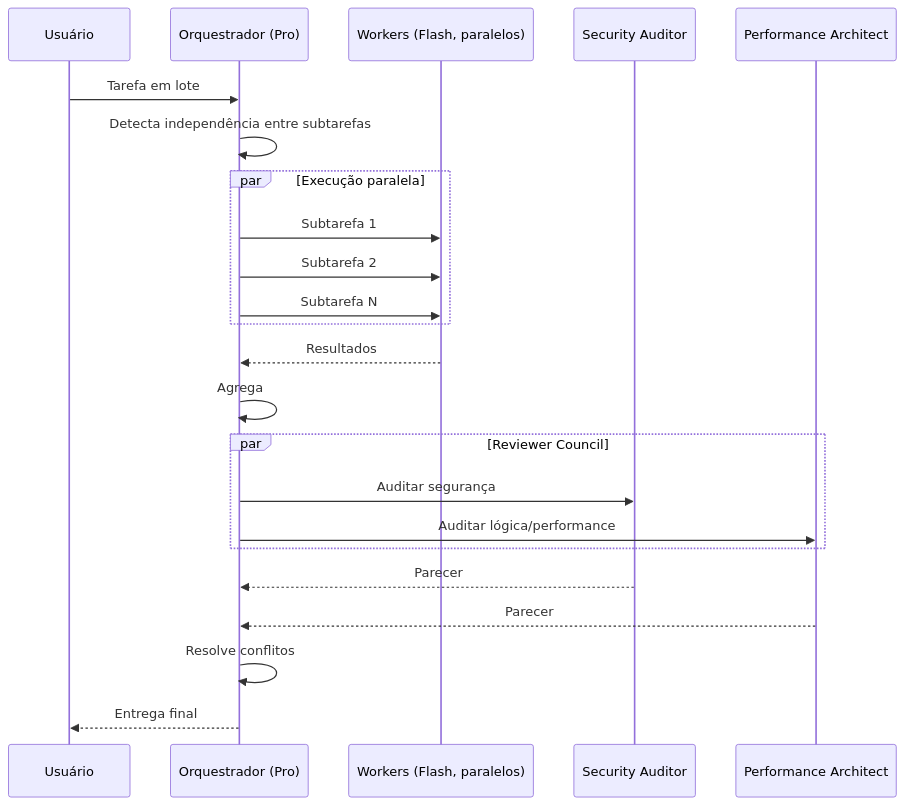
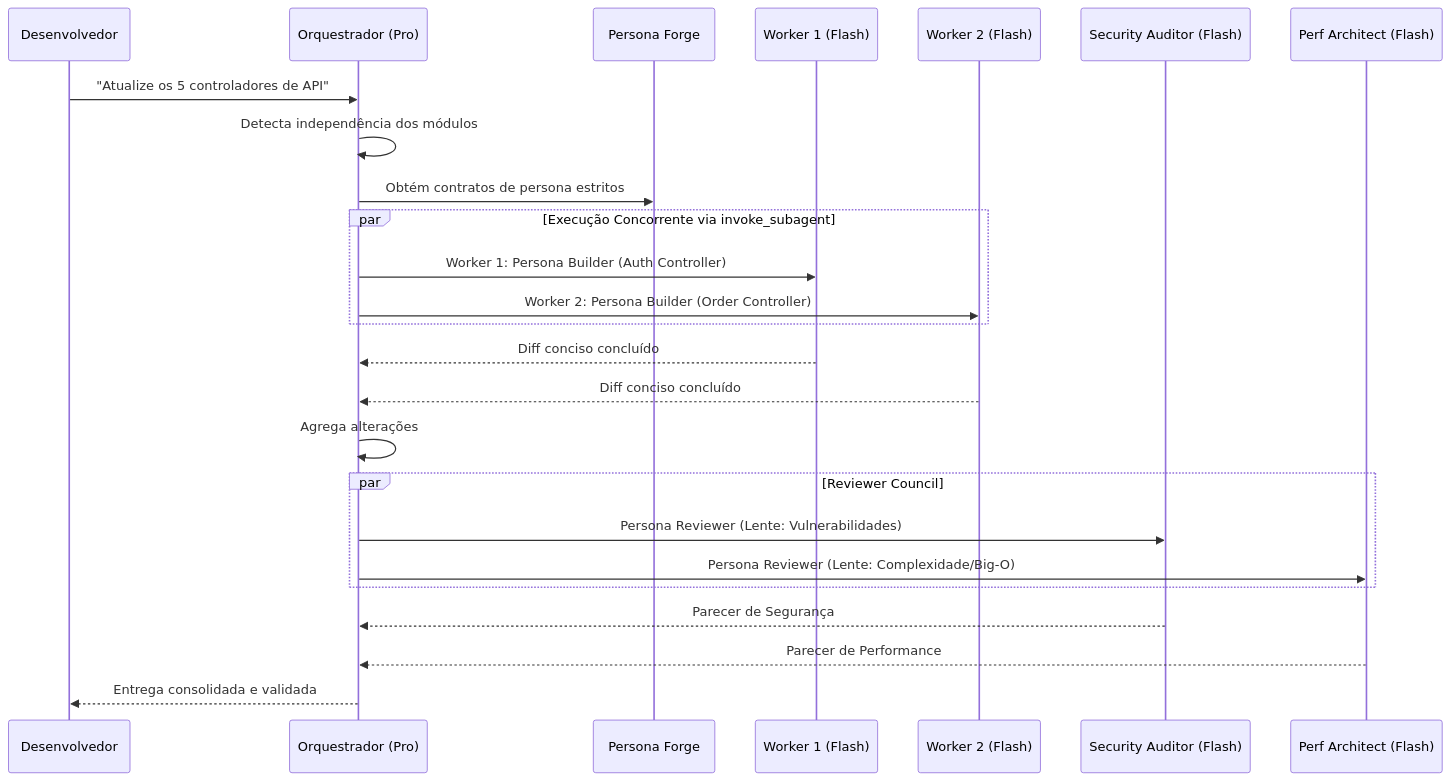
One commit to Helfstein-one/event-horizon-skill changed the third of 4 diagrams in README.md. Above: the diagram before and after it, drawn with Mermaid. The commit also changed other lines of this file, not shown here.

Commit message:
docs: comprehensive rewrite of README with all architectural patterns, hooks, and mermaids

````diff
--- a/README.md
+++ b/README.md
@@ -127,26 +176,28 @@
 ```mermaid
 sequenceDiagram
-    participant U as Usuário
-    participant O as Orquestrador (Pro)
-    participant W as Workers (Flash, paralelos)
-    participant S as Security Auditor
-    participant P as Performance Architect
+    participant User as Desenvolvedor
+    participant Orch as Orquestrador (Pro)
+    participant PF as Persona Forge
+    participant W1 as Worker 1 (Flash)
+    participant W2 as Worker 2 (Flash)
+    participant Sec as Security Auditor (Flash)
+    participant Perf as Perf Architect (Flash)
 
-    U->>O: Tarefa em lote
-    O->>O: Detecta independência entre subtarefas
-    par Execução paralela
-        O->>W: Subtarefa 1
-        O->>W: Subtarefa 2
-        O->>W: Subtarefa N
+    User->>Orch: "Atualize os 5 controladores de API"
+    Orch->>Orch: Detecta independência dos módulos
+    Orch->>PF: Obtém contratos de persona estritos
+    par Execução Concorrente via invoke_subagent
+        Orch->>W1: Worker 1: Persona Builder (Auth Controller)
+        Orch->>W2: Worker 2: Persona Builder (Order Controller)
     end
-    W-->>O: Resultados
-    O->>O: Agrega
+    W1-->>Orch: Diff conciso concluído
+    W2-->>Orch: Diff conciso concluído
+    Orch->>Orch: Agrega alterações
     par Reviewer Council
-        O->>S: Auditar segurança
-        O->>P: Auditar lógica/performance
+        Orch->>Sec: Persona Reviewer (Lente: Vulnerabilidades)
+        Orch->>Perf: Persona Reviewer (Lente: Complexidade/Big-O)
     end
-    S-->>O: Parecer
-    P-->>O: Parecer
-    O->>O: Resolve conflitos
-    O-->>U: Entrega final
+    Sec-->>Orch: Parecer de Segurança
+    Perf-->>Orch: Parecer de Performance
+    Orch-->>User: Entrega consolidada e validada
 ```
````
